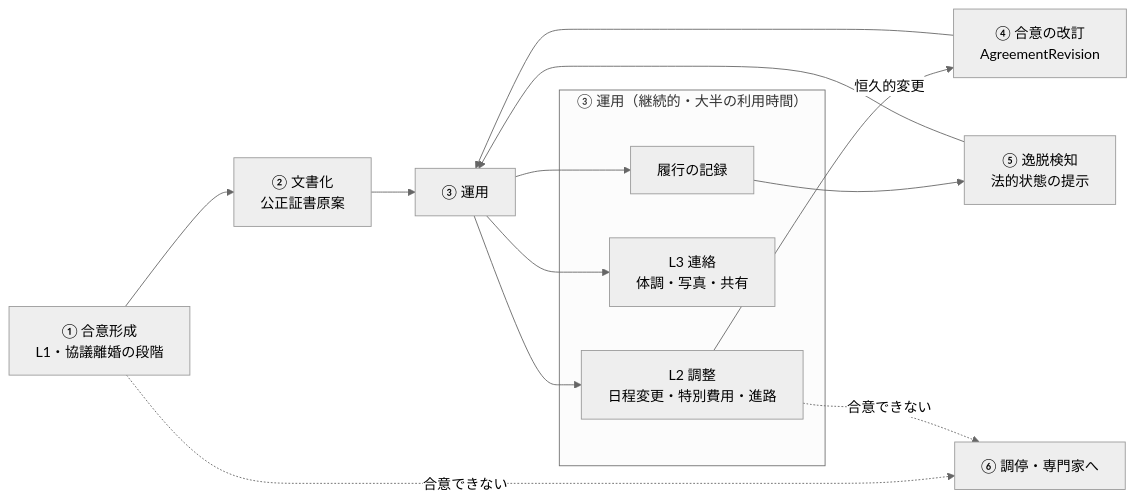
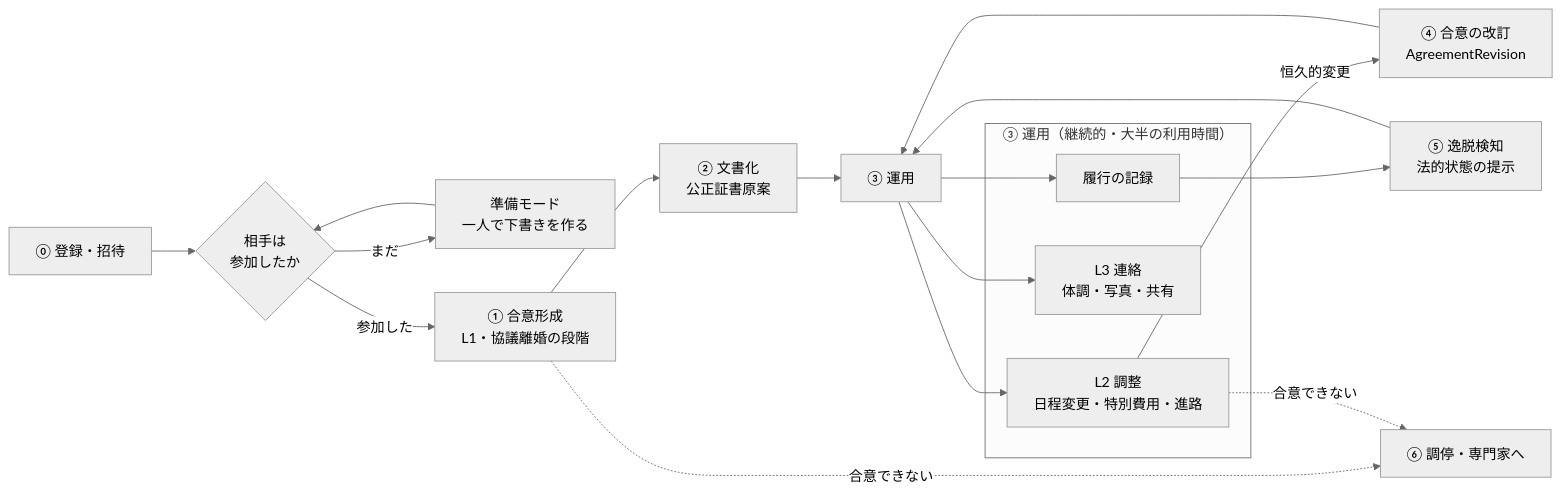
One commit to sugimomoto/AIHack changed the third of 13 diagrams in docs/functional-design.md. Above: the diagram before and after it, drawn with Mermaid (neutral theme). The commit also changed other lines of this file and 1 other file, not shown here.

````diff
--- a/docs/functional-design.md
+++ b/docs/functional-design.md
@@ -137,19 +137,23 @@
 ```mermaid
 graph LR
+    Z0["⓪ 登録・招待"] --> Z1{"相手は<br/>参加したか"}
+    Z1 -->|"まだ"| Z2["準備モード<br/>一人で下書きを作る"]
+    Z2 --> Z1
+    Z1 -->|"参加した"| A
     A["① 合意形成<br/>L1・協議離婚の段階"] --> B["② 文書化<br/>公正証書原案"]
     B --> C["③ 運用"]
     subgraph Ope["③ 運用（継続的・大半の利用時間）"]
         C1["L2 調整<br/>日程変更・特別費用・進路"]
         C2["L3 連絡<br/>体調・写真・共有"]
         C3["履行の記録"]
     end
     C --> C1
     C --> C2
     C --> C3
     C1 -->|"恒久的変更"| D["④ 合意の改訂<br/>AgreementRevision"]
     D --> C
     C3 --> E["⑤ 逸脱検知<br/>法的状態の提示"]
     E --> C
     A -.->|"合意できない"| F["⑥ 調停・専門家へ"]
     C1 -.->|"合意できない"| F
 ```
````
